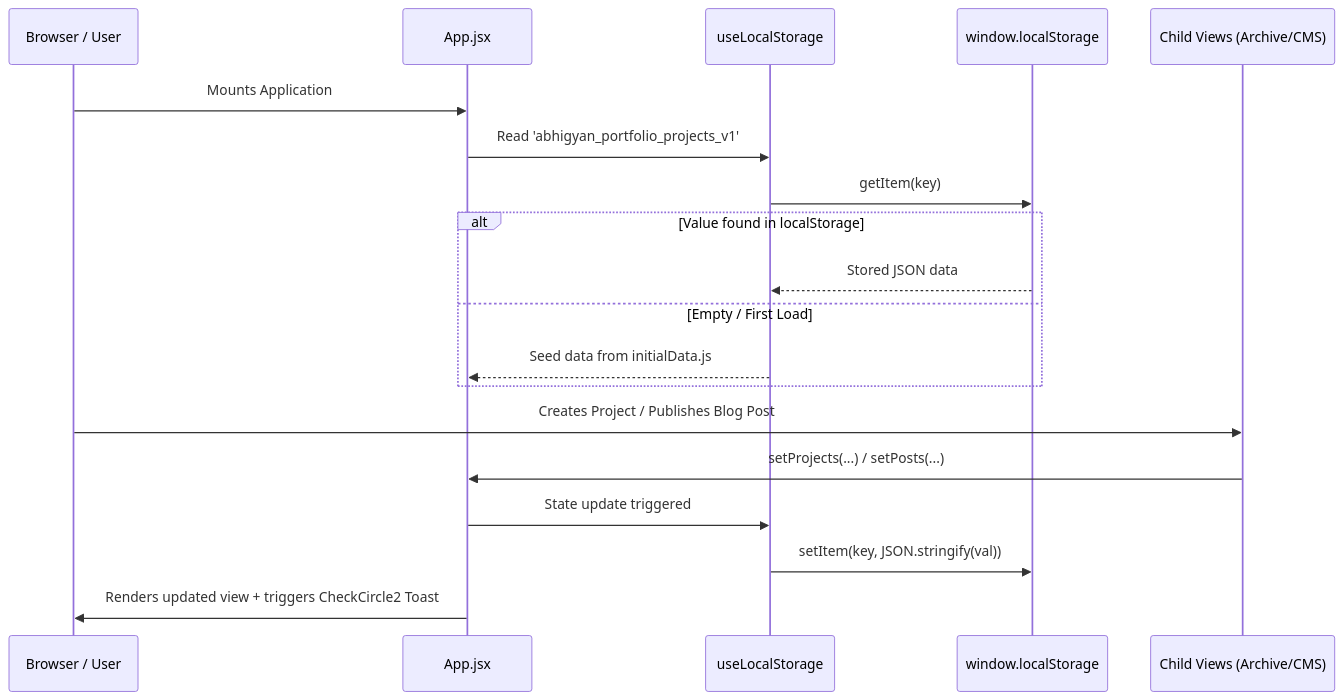
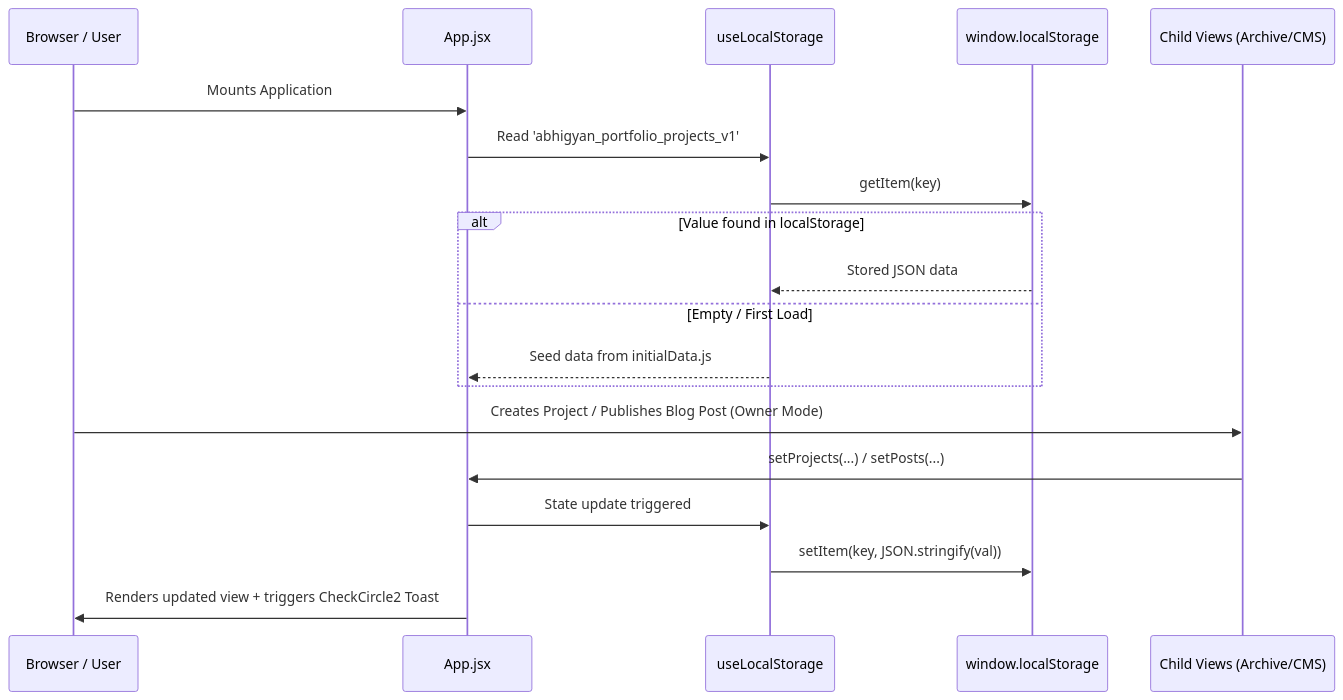
One commit to cleanerAbhigyan/portfolio changed the second of 3 diagrams in docs/ARCHITECTURE.md. Above: the diagram before and after it, drawn with Mermaid. The commit also changed other lines of this file and 13 other files, not shown here.

````diff
--- a/docs/ARCHITECTURE.md
+++ b/docs/ARCHITECTURE.md
@@ -35,23 +36,23 @@
 ```mermaid
 sequenceDiagram
     participant User as Browser / User
     participant App as App.jsx
     participant Hook as useLocalStorage
     participant LS as window.localStorage
     participant Sub as Child Views (Archive/CMS)
 
     User->>App: Mounts Application
     App->>Hook: Read 'abhigyan_portfolio_projects_v1'
     Hook->>LS: getItem(key)
     alt Value found in localStorage
         LS-->>Hook: Stored JSON data
     else Empty / First Load
         Hook-->>App: Seed data from initialData.js
     end
     
-    User->>Sub: Creates Project / Publishes Blog Post
+    User->>Sub: Creates Project / Publishes Blog Post (Owner Mode)
     Sub->>App: setProjects(...) / setPosts(...)
     App->>Hook: State update triggered
     Hook->>LS: setItem(key, JSON.stringify(val))
     App->>User: Renders updated view + triggers CheckCircle2 Toast
 ```
````
